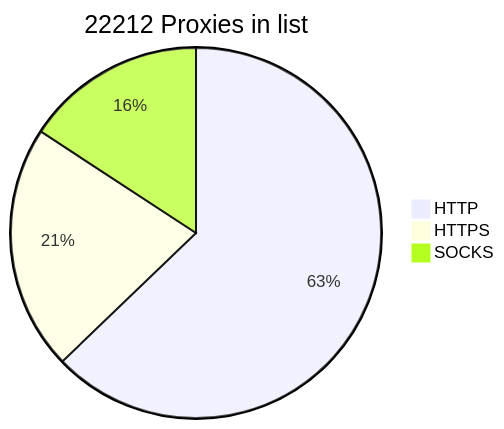
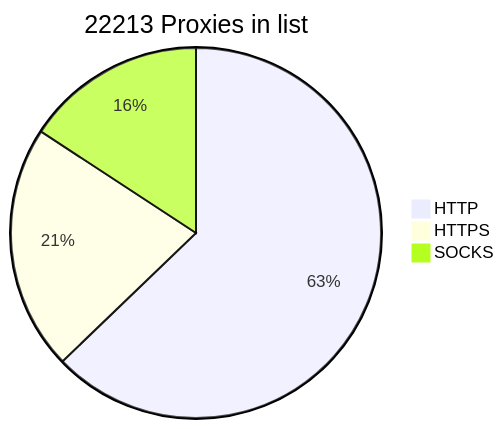
One commit to BlackSnowDot/proxylist-update-every-minute changed the diagram in README.md. Above: the diagram before and after it, drawn with Mermaid.

````diff
--- a/README.md
+++ b/README.md
@@ -2,6 +2,6 @@
 ```mermaid
-pie title 22212 Proxies in list
-    "HTTP" : 15897
-    "HTTPS": 5418
+pie title 22213 Proxies in list
+    "HTTP" : 15899
+    "HTTPS": 5420
     "SOCKS" : 3993
 ```
````
